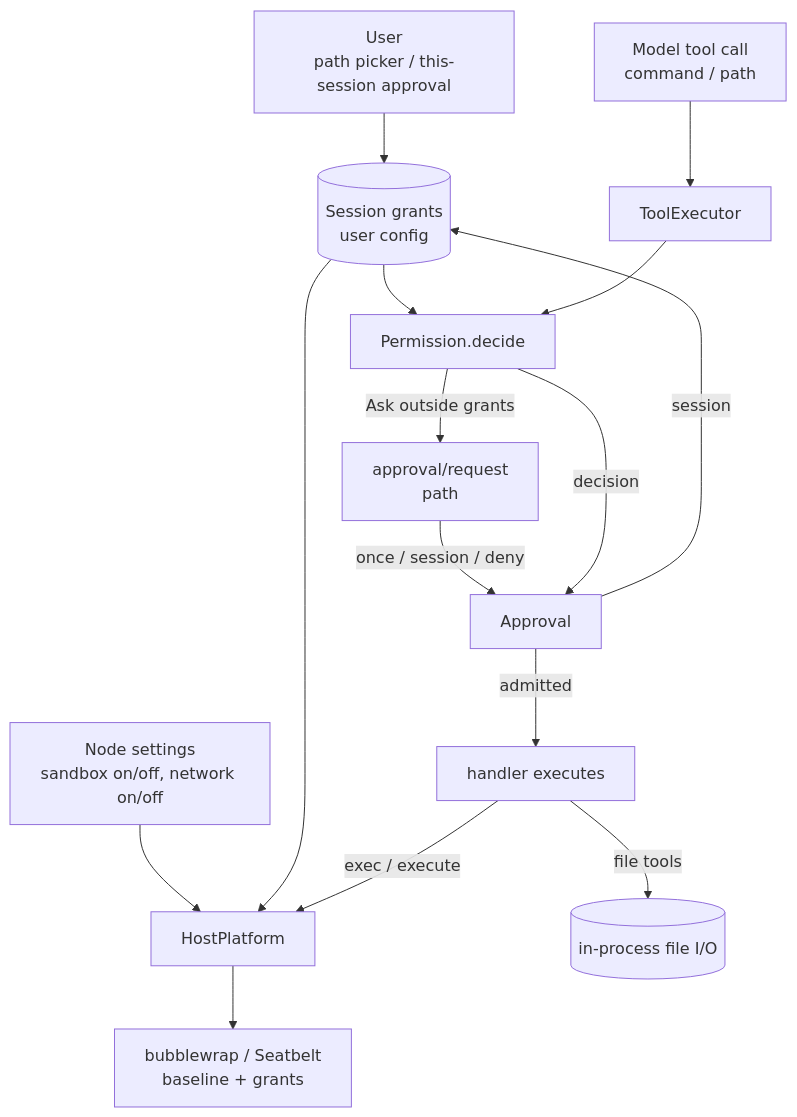
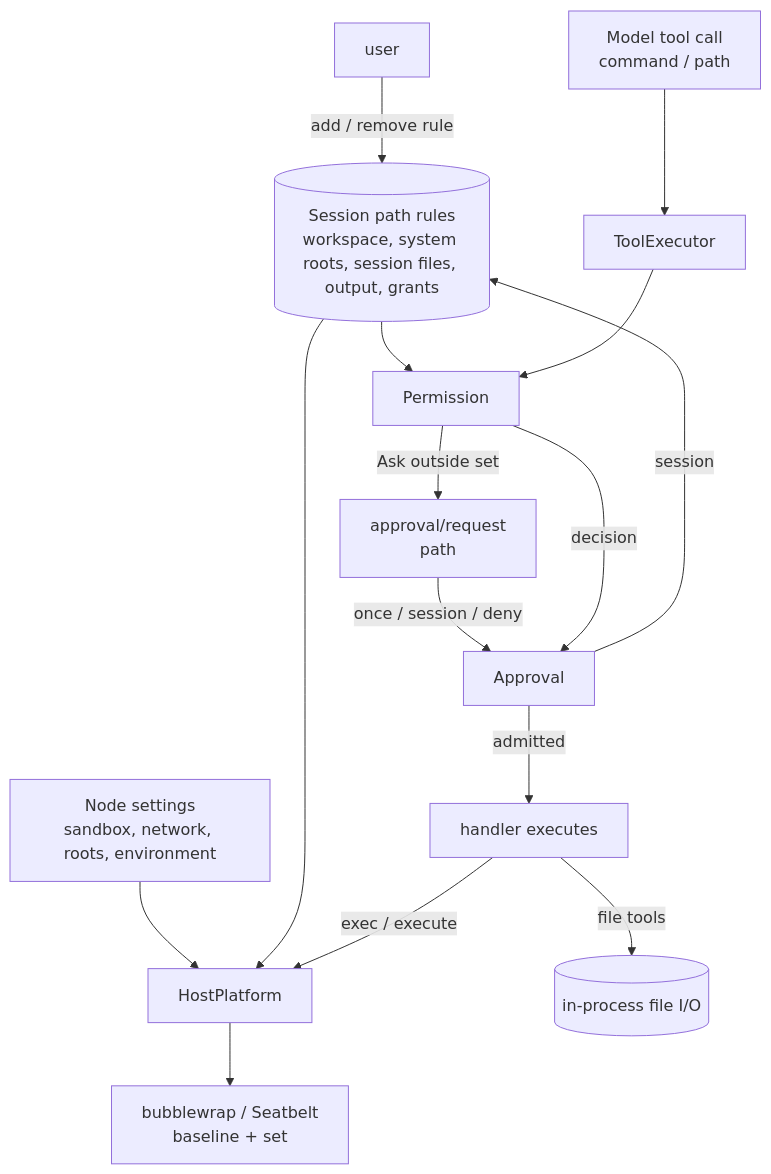
One commit to arcships/dim changed the second of 2 diagrams in docs/adr/009-sandbox-and-user-grants.md. Above: the diagram before and after it, drawn with Mermaid. The commit also changed other lines of this file and 2 other files, not shown here.

First line of the commit message:
docs(adr): define path-based sandbox access

````diff
--- a/docs/adr/009-sandbox-and-user-grants.md
+++ b/docs/adr/009-sandbox-and-user-grants.md
@@ -145,17 +149,17 @@
 ```mermaid
 flowchart TD
-  CFG[Node settings<br/>sandbox on/off, network on/off] --> HP[HostPlatform]
-  USER[User<br/>path picker / this-session approval] --> GRANTS[(Session grants<br/>user config)]
-  GRANTS --> PA[Permission.decide]
-  GRANTS --> HP
+  CFG[Node settings<br/>sandbox, network, roots, environment] --> HP[HostPlatform]
+  SET[(Session path rules<br/>workspace, system roots, session files, output, grants)] --> PA[Permission]
+  SET --> HP
+  USER[user] -->|add / remove rule| SET
   M[Model tool call<br/>command / path] --> TE[ToolExecutor]
   TE --> PA
-  PA -->|Ask outside grants| RQ[approval/request<br/>path]
+  PA -->|Ask outside set| RQ[approval/request<br/>path]
   RQ -->|once / session / deny| AP[Approval]
-  AP -->|session| GRANTS
+  AP -->|session| SET
   PA -->|decision| AP
   AP -->|admitted| EX[handler executes]
   EX -->|exec / execute| HP
   EX -->|file tools| FS[(in-process file I/O)]
-  HP --> SB[bubblewrap / Seatbelt<br/>baseline + grants]
+  HP --> SB[bubblewrap / Seatbelt<br/>baseline + set]
 ```
````
